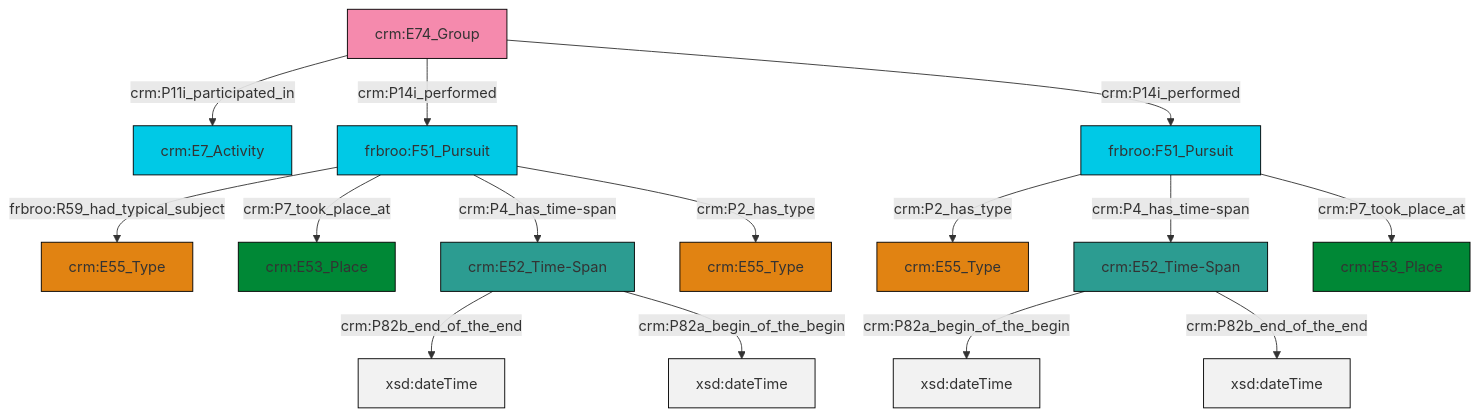
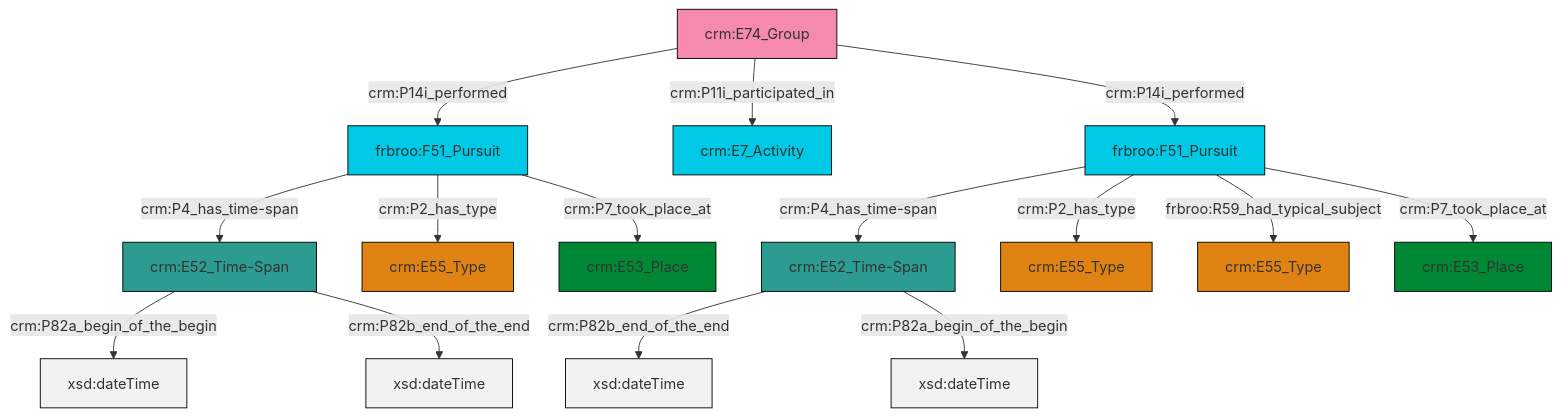
Before and after one commit to swiss-art-research-net/reference-data-models: the diagram in et/groupCSV/ttl/mmd/group_events.ttl.mmd, drawn with Mermaid. The commit also changed 127 other files, not shown here.

```diff
--- a/et/groupCSV/ttl/mmd/group_events.ttl.mmd
+++ b/et/groupCSV/ttl/mmd/group_events.ttl.mmd
@@ -1,29 +1,29 @@
 graph TD
 classDef Literal fill:#f2f2f2,stroke:#000000;
 classDef CRM_Entity fill:#FFFFFF,stroke:#000000;
 classDef Temporal_Entity fill:#00C9E6, stroke:#000000;
 classDef Type fill:#E18312, stroke:#000000;
 classDef Time-Span fill:#2C9C91, stroke:#000000;
 classDef Appellation fill:#FFEB7F, stroke:#000000;
 classDef Place fill:#008836, stroke:#000000;
 classDef Persistent_Item fill:#B266B2, stroke:#000000;
 classDef Conceptual_Object fill:#FFD700, stroke:#000000;
 classDef Physical_Thing fill:#D2B48C, stroke:#000000;
 classDef Actor fill:#f58aad, stroke:#000000;
 classDef PC_Classes fill:#4ce600, stroke:#000000;
 classDef Multi fill:#cccccc,stroke:#000000;
 
-0["frbroo:F51_Pursuit"]:::Temporal_Entity -->|crm:P2_has_type| 1["crm:E55_Type"]:::Type
-2["crm:E52_Time-Span"]:::Time-Span -->|crm:P82a_begin_of_the_begin| 3[xsd:dateTime]:::Literal
-6["crm:E52_Time-Span"]:::Time-Span -->|crm:P82b_end_of_the_end| 7[xsd:dateTime]:::Literal
-0["frbroo:F51_Pursuit"]:::Temporal_Entity -->|crm:P4_has_time-span| 2["crm:E52_Time-Span"]:::Time-Span
-9["frbroo:F51_Pursuit"]:::Temporal_Entity -->|frbroo:R59_had_typical_subject| 4["crm:E55_Type"]:::Type
-10["crm:E74_Group"]:::Actor -->|crm:P11i_participated_in| 11["crm:E7_Activity"]:::Temporal_Entity
-6["crm:E52_Time-Span"]:::Time-Span -->|crm:P82a_begin_of_the_begin| 12[xsd:dateTime]:::Literal
-0["frbroo:F51_Pursuit"]:::Temporal_Entity -->|crm:P7_took_place_at| 15["crm:E53_Place"]:::Place
-10["crm:E74_Group"]:::Actor -->|crm:P14i_performed| 9["frbroo:F51_Pursuit"]:::Temporal_Entity
-9["frbroo:F51_Pursuit"]:::Temporal_Entity -->|crm:P7_took_place_at| 18["crm:E53_Place"]:::Place
-10["crm:E74_Group"]:::Actor -->|crm:P14i_performed| 0["frbroo:F51_Pursuit"]:::Temporal_Entity
-2["crm:E52_Time-Span"]:::Time-Span -->|crm:P82b_end_of_the_end| 19[xsd:dateTime]:::Literal
-9["frbroo:F51_Pursuit"]:::Temporal_Entity -->|crm:P4_has_time-span| 6["crm:E52_Time-Span"]:::Time-Span
-9["frbroo:F51_Pursuit"]:::Temporal_Entity -->|crm:P2_has_type| 16["crm:E55_Type"]:::Type
+0["frbroo:F51_Pursuit"]:::Temporal_Entity -->|crm:P4_has_time-span| 1["crm:E52_Time-Span"]:::Time-Span
+4["crm:E74_Group"]:::Actor -->|crm:P14i_performed| 0["frbroo:F51_Pursuit"]:::Temporal_Entity
+4["crm:E74_Group"]:::Actor -->|crm:P14i_performed| 7["frbroo:F51_Pursuit"]:::Temporal_Entity
+0["frbroo:F51_Pursuit"]:::Temporal_Entity -->|crm:P7_took_place_at| 8["crm:E53_Place"]:::Place
+7["frbroo:F51_Pursuit"]:::Temporal_Entity -->|crm:P4_has_time-span| 10["crm:E52_Time-Span"]:::Time-Span
+10["crm:E52_Time-Span"]:::Time-Span -->|crm:P82b_end_of_the_end| 12[xsd:dateTime]:::Literal
+4["crm:E74_Group"]:::Actor -->|crm:P11i_participated_in| 2["crm:E7_Activity"]:::Temporal_Entity
+7["frbroo:F51_Pursuit"]:::Temporal_Entity -->|crm:P2_has_type| 13["crm:E55_Type"]:::Type
+1["crm:E52_Time-Span"]:::Time-Span -->|crm:P82a_begin_of_the_begin| 17[xsd:dateTime]:::Literal
+7["frbroo:F51_Pursuit"]:::Temporal_Entity -->|frbroo:R59_had_typical_subject| 15["crm:E55_Type"]:::Type
+7["frbroo:F51_Pursuit"]:::Temporal_Entity -->|crm:P7_took_place_at| 18["crm:E53_Place"]:::Place
+1["crm:E52_Time-Span"]:::Time-Span -->|crm:P82b_end_of_the_end| 25[xsd:dateTime]:::Literal
+0["frbroo:F51_Pursuit"]:::Temporal_Entity -->|crm:P2_has_type| 5["crm:E55_Type"]:::Type
+10["crm:E52_Time-Span"]:::Time-Span -->|crm:P82a_begin_of_the_begin| 27[xsd:dateTime]:::Literal
```
